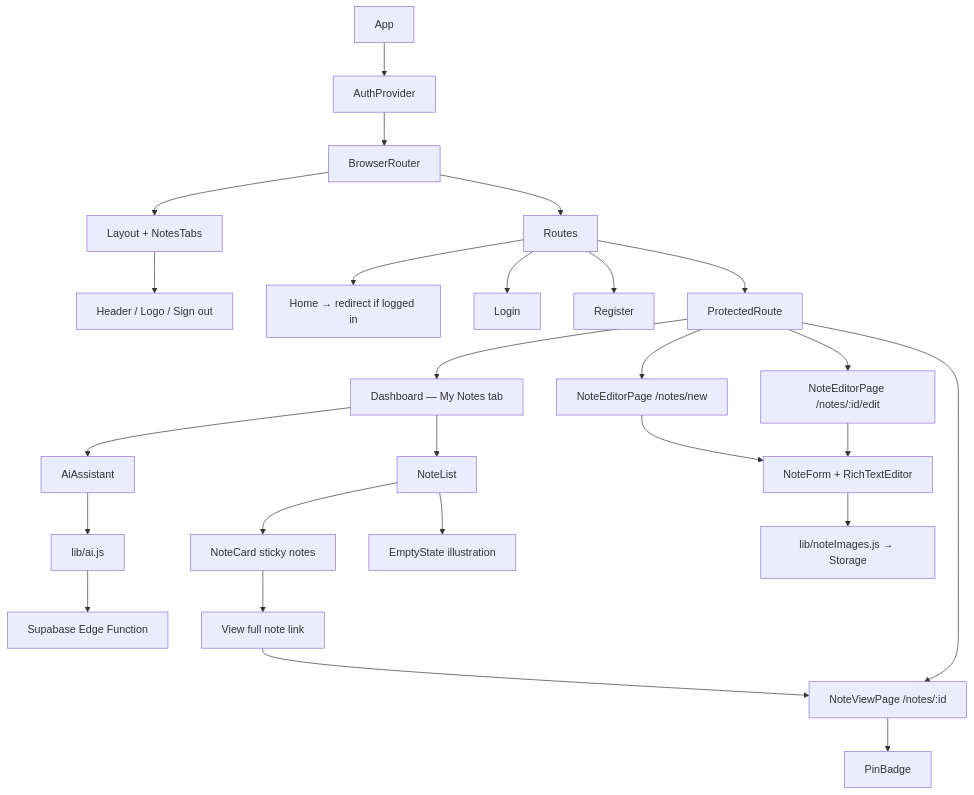
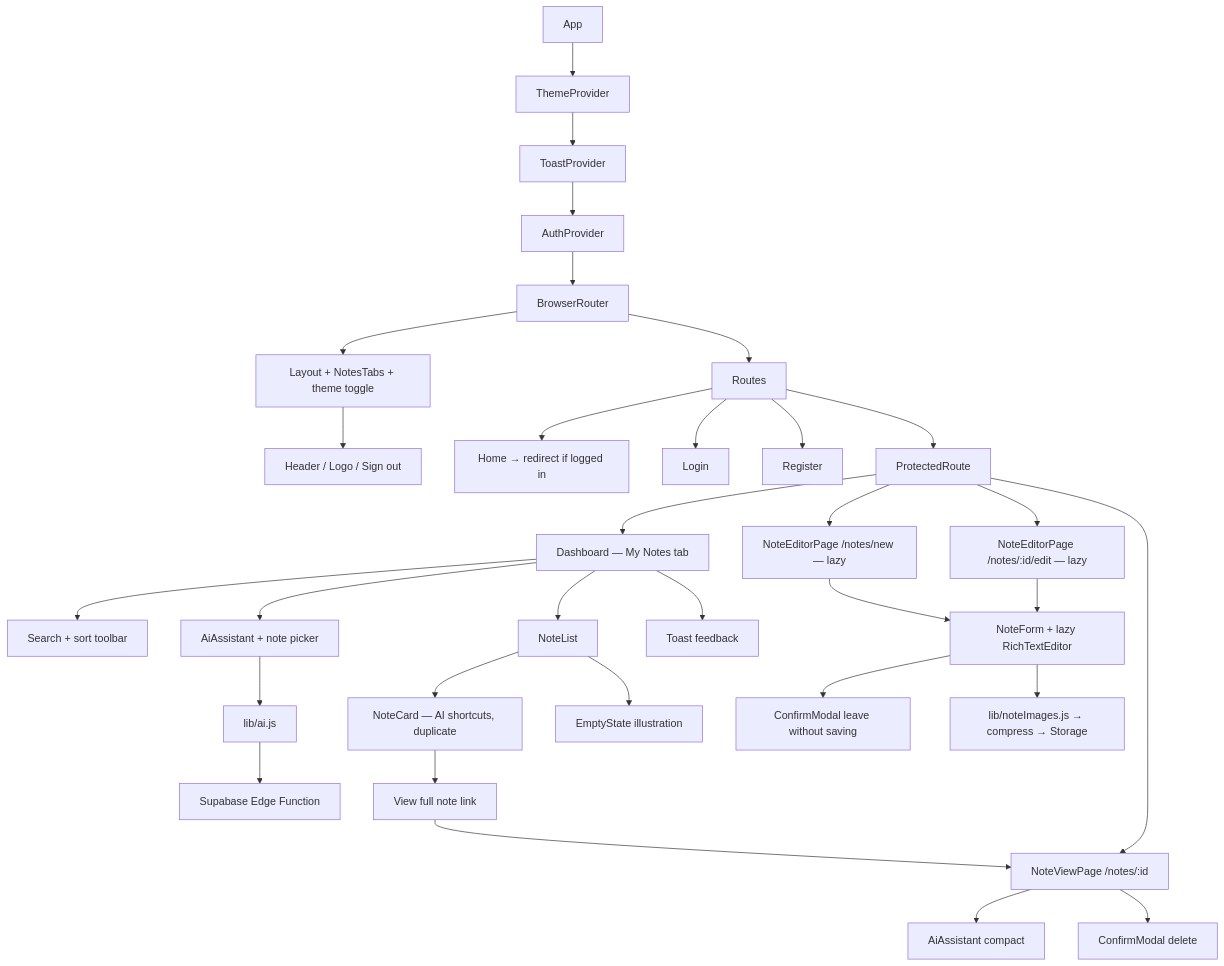
Diagram 16 of 19 in DIAGRAMS.md (Angelica-Vides/Lumenote), drawn with Mermaid before and after one commit. The commit also changed other lines of this file and 22 other files, not shown here.

First line of the commit message:
feat: add dashboard UX polish — search, theme, toasts, and AI shortcuts

````diff
--- a/DIAGRAMS.md
+++ b/DIAGRAMS.md
@@ -391,30 +406,36 @@
 ```mermaid
 flowchart TD
-    APP[App] --> AUTHP[AuthProvider]
+    APP[App] --> THEMEP[ThemeProvider]
+    THEMEP --> TOASTP[ToastProvider]
+    TOASTP --> AUTHP[AuthProvider]
     AUTHP --> RT[BrowserRouter]
-    RT --> LAYOUT[Layout + NotesTabs]
+    RT --> LAYOUT[Layout + NotesTabs + theme toggle]
     LAYOUT --> NAV[Header / Logo / Sign out]
     RT --> ROUTES[Routes]
 
     ROUTES --> HOME[Home → redirect if logged in]
     ROUTES --> LOGIN[Login]
     ROUTES --> REGISTER[Register]
     ROUTES --> PROTECT[ProtectedRoute]
     PROTECT --> DASH[Dashboard — My Notes tab]
-    PROTECT --> NEW[NoteEditorPage /notes/new]
-    PROTECT --> EDIT[NoteEditorPage /notes/:id/edit]
+    PROTECT --> NEW[NoteEditorPage /notes/new — lazy]
+    PROTECT --> EDIT[NoteEditorPage /notes/:id/edit — lazy]
     PROTECT --> VIEWPAGE[NoteViewPage /notes/:id]
 
-    DASH --> AI[AiAssistant]
+    DASH --> TOOLBAR[Search + sort toolbar]
+    DASH --> AI[AiAssistant + note picker]
     DASH --> LIST[NoteList]
-    LIST --> CARD[NoteCard sticky notes]
+    LIST --> CARD[NoteCard — AI shortcuts, duplicate]
     LIST --> EMPTY[EmptyState illustration]
     CARD --> VIEW[View full note link]
     VIEW --> VIEWPAGE
-    VIEWPAGE --> PIN[PinBadge]
-    NEW --> FORM[NoteForm + RichTextEditor]
+    VIEWPAGE --> AIVIEW[AiAssistant compact]
+    VIEWPAGE --> MODAL[ConfirmModal delete]
+    NEW --> FORM[NoteForm + lazy RichTextEditor]
     EDIT --> FORM
-    FORM --> STOR[lib/noteImages.js → Storage]
+    FORM --> LEAVE[ConfirmModal leave without saving]
+    FORM --> STOR[lib/noteImages.js → compress → Storage]
     AI --> AILIB[lib/ai.js]
     AILIB --> FN[Supabase Edge Function]
+    DASH --> TOAST[Toast feedback]
 ```
````
